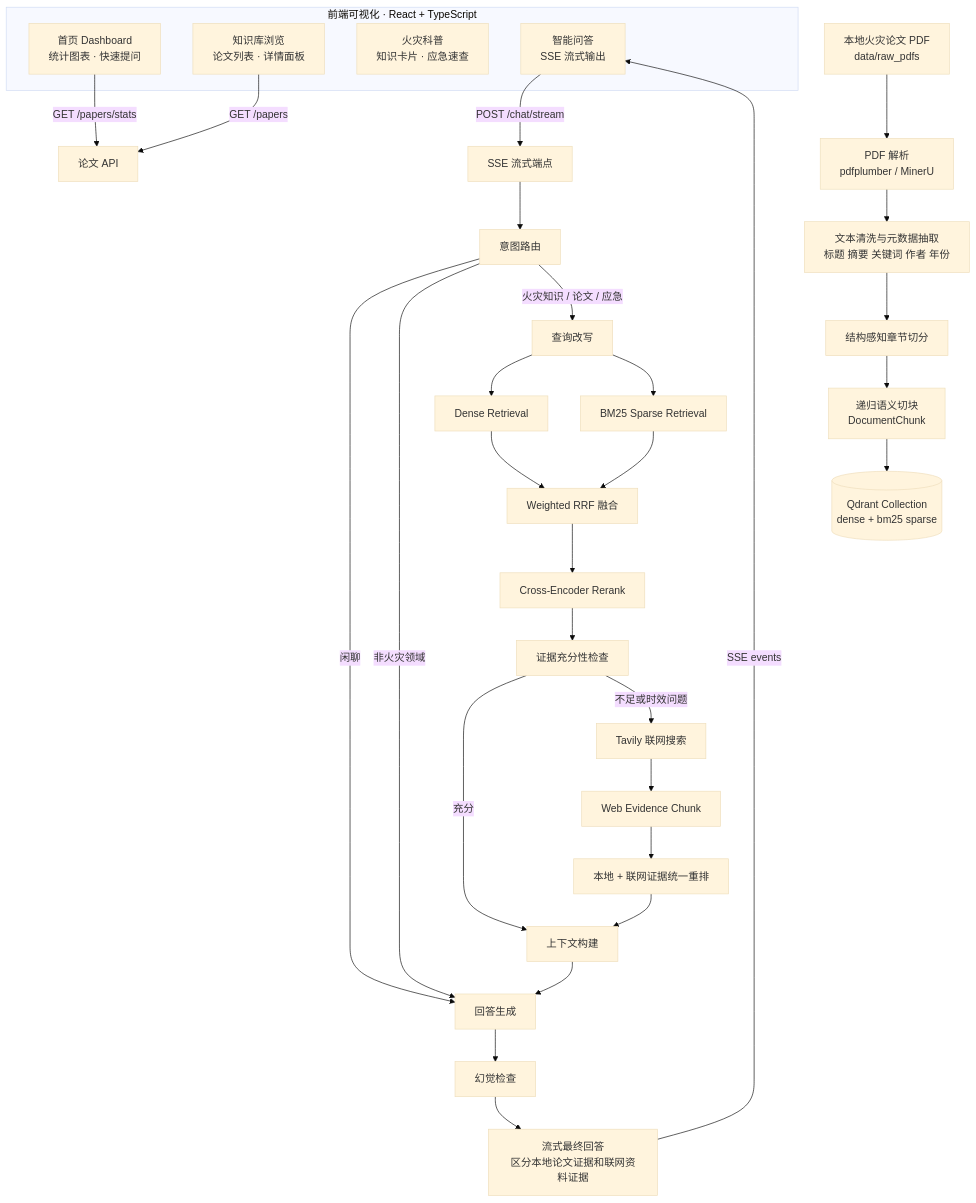
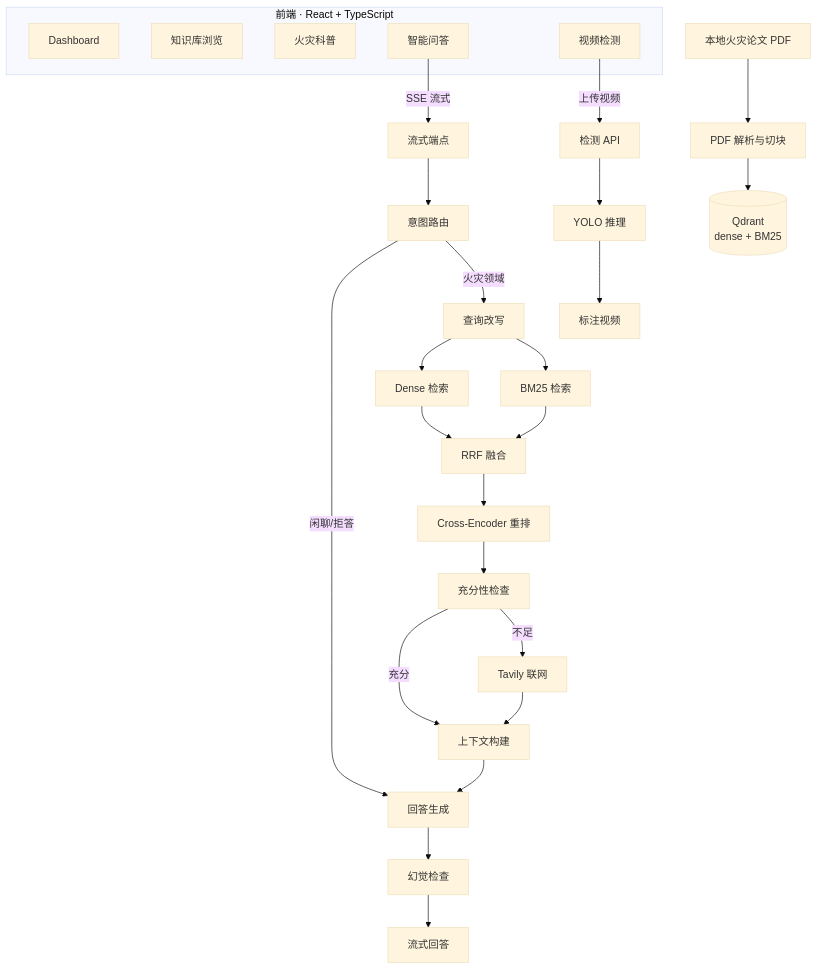
Before and after one commit to Racy324/FireAgent: the diagram in README.md, drawn with Mermaid (base theme). The commit also changed other lines of this file and 10 other files, not shown here.

````diff
--- a/README.md
+++ b/README.md
@@ -114,42 +20,37 @@
 ```mermaid
 flowchart TD
-    A[本地火灾论文 PDF<br/>data/raw_pdfs] --> B[PDF 解析<br/>pdfplumber / MinerU]
-    B --> C[文本清洗与元数据抽取<br/>标题 摘要 关键词 作者 年份]
-    C --> D[结构感知章节切分]
-    D --> E[递归语义切块<br/>DocumentChunk]
-    E --> F[(Qdrant Collection<br/>dense + bm25 sparse)]
+    A[本地火灾论文 PDF] --> B[PDF 解析与切块]
+    B --> C[(Qdrant<br/>dense + BM25)]
 
-    subgraph FE[前端可视化 · React + TypeScript]
-        UI[首页 Dashboard<br/>统计图表 · 快速提问]
-        KB[知识库浏览<br/>论文列表 · 详情面板]
-        SC[火灾科普<br/>知识卡片 · 应急速查]
-        CH[智能问答<br/>SSE 流式输出]
+    subgraph FE[前端 · React + TypeScript]
+        UI[Dashboard]
+        KB[知识库浏览]
+        SC[火灾科普]
+        CH[智能问答]
+        DT[视频检测]
     end
 
-    CH -->|POST /chat/stream| SSE[SSE 流式端点]
-    KB -->|GET /papers| PA[论文 API]
-    UI -->|GET /papers/stats| PA
+    CH -->|SSE 流式| SSE[流式端点]
+    DT -->|上传视频| DET[检测 API]
 
     SSE --> R[意图路由]
-    R -->|闲聊| AG[回答生成]
-    R -->|非火灾领域| AG
-    R -->|火灾知识 / 论文 / 应急| QR[查询改写]
+    R -->|闲聊/拒答| AG[回答生成]
+    R -->|火灾领域| QR[查询改写]
 
-    QR --> DR[Dense Retrieval]
-    QR --> SR[BM25 Sparse Retrieval]
-    DR --> HF[Weighted RRF 融合]
+    QR --> DR[Dense 检索]
+    QR --> SR[BM25 检索]
+    DR --> HF[RRF 融合]
     SR --> HF
-    HF --> RR[Cross-Encoder Rerank]
-    RR --> SCK[证据充分性检查]
-
+    HF --> RR[Cross-Encoder 重排]
+    RR --> SCK[充分性检查]
     SCK -->|充分| CB[上下文构建]
-    SCK -->|不足或时效问题| WS[Tavily 联网搜索]
-    WS --> WE[Web Evidence Chunk]
-    WE --> UR[本地 + 联网证据统一重排]
-    UR --> CB
+    SCK -->|不足| WS[Tavily 联网]
+    WS --> CB
 
     CB --> AG
     AG --> HC[幻觉检查]
-    HC --> OUT[流式最终回答<br/>区分本地论文证据和联网资料证据]
-    OUT -->|SSE events| CH
+    HC --> OUT[流式回答]
+
+    DET --> YOLO[YOLO 推理]
+    YOLO --> RES[标注视频]
 ```
````
